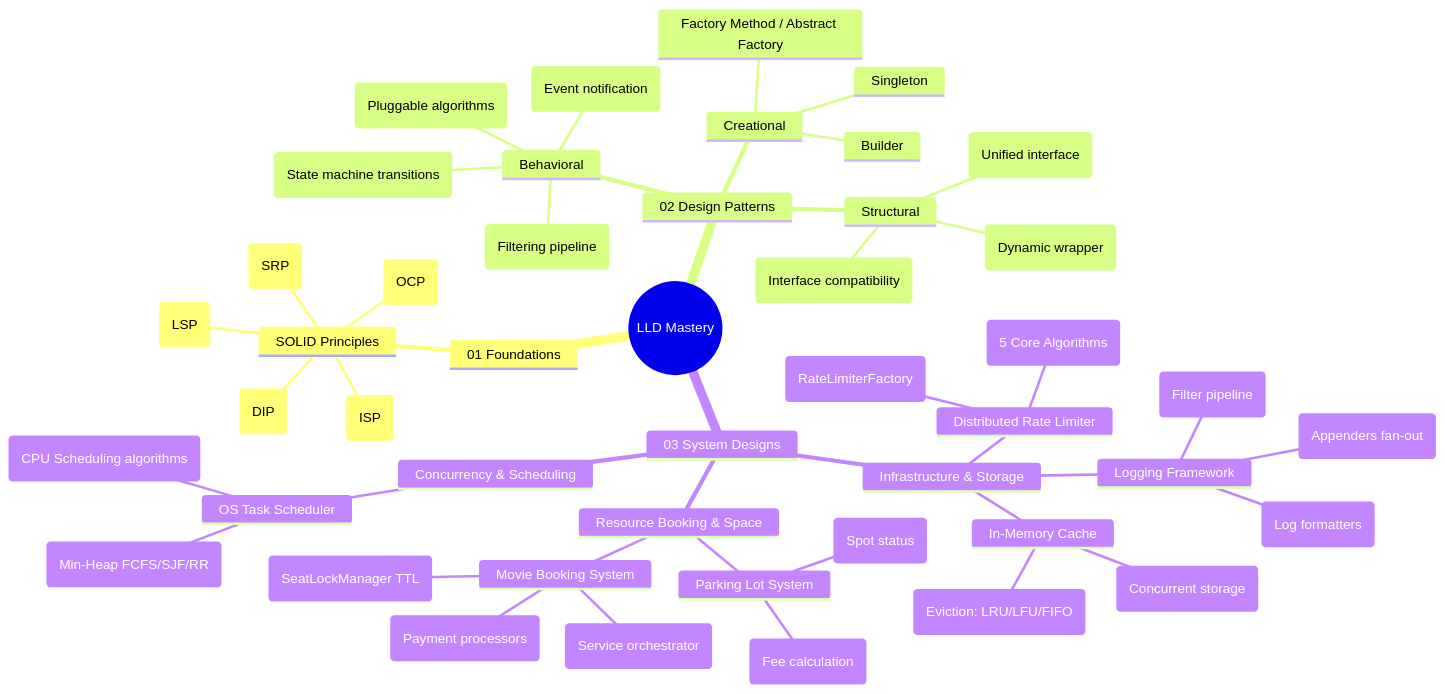
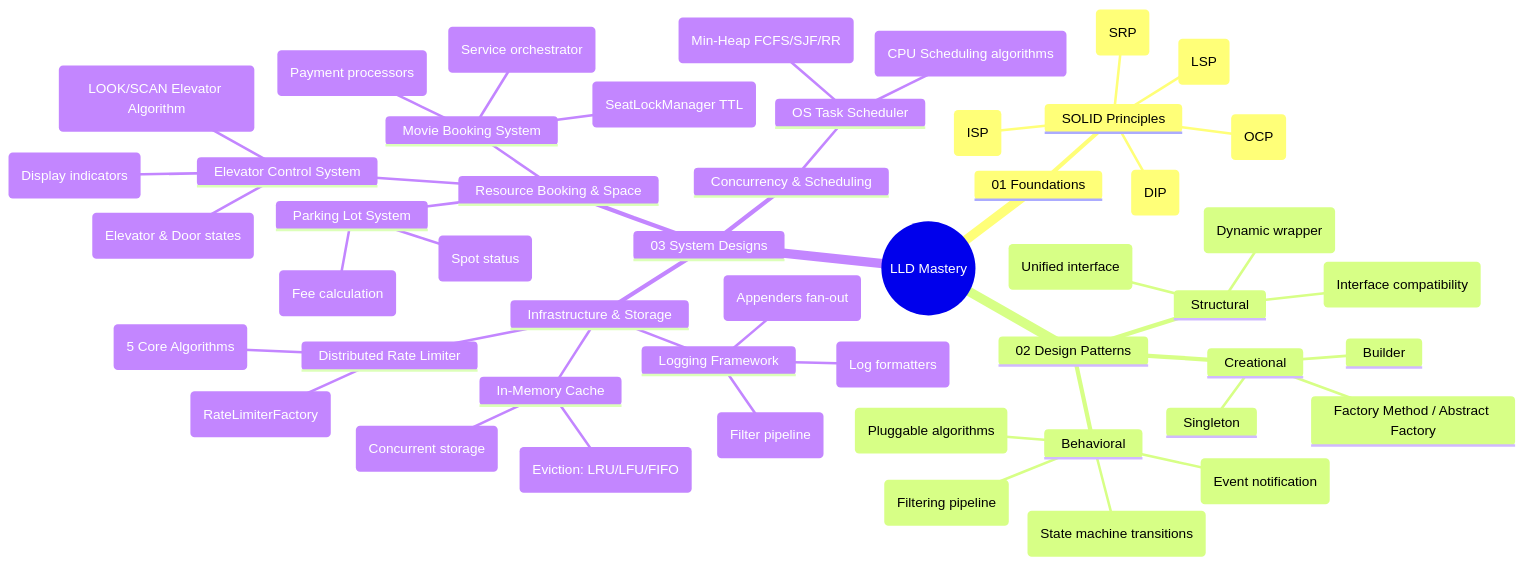
The diagram in lld/00_LLD_MindMap.md (chauhankartik/private-2026), drawn with Mermaid before and after one commit. The commit also changed other lines of this file and 8 other files, not shown here.

Commit message:
Add Elevator Control System LLD module with LOOK algorithm

````diff
--- a/lld/00_LLD_MindMap.md
+++ b/lld/00_LLD_MindMap.md
@@ -9,49 +9,53 @@
 ```mermaid
 mindmap
   root((LLD Mastery))
     01 Foundations
       SOLID Principles
         Single Responsibility (SRP)
         Open/Closed (OCP)
         Liskov Substitution (LSP)
         Interface Segregation (ISP)
         Dependency Inversion (DIP)
     02 Design Patterns
       Creational
         Singleton
         Factory Method / Abstract Factory
         Builder
       Structural
         Decorator (Dynamic wrapper)
         Facade (Unified interface)
         Adapter (Interface compatibility)
       Behavioral
         Observer (Event notification)
         State (State machine transitions)
         Strategy (Pluggable algorithms)
         Chain of Responsibility (Filtering pipeline)
     03 System Designs
       Infrastructure & Storage
         Logging Framework
           Chain of Responsibility (Filter pipeline)
           Strategy (Log formatters)
           Observer (Appenders fan-out)
         In-Memory Cache
           Strategy (Eviction: LRU/LFU/FIFO)
           ReadWriteLock (Concurrent storage)
         Distributed Rate Limiter
           Strategy (5 Core Algorithms)
           Factory (RateLimiterFactory)
       Resource Booking & Space
         Parking Lot System
           Strategy (Fee calculation)
           State (Spot status)
         Movie Booking System
           Facade (Service orchestrator)
           ReentrantLock (SeatLockManager TTL)
           Factory (Payment processors)
+        Elevator Control System
+          State (Elevator & Door states)
+          Strategy (LOOK/SCAN Elevator Algorithm)
+          Observer (Display indicators)
       Concurrency & Scheduling
         OS Task Scheduler
           PriorityQueue (Min-Heap FCFS/SJF/RR)
           Strategy (CPU Scheduling algorithms)
 ```
````
